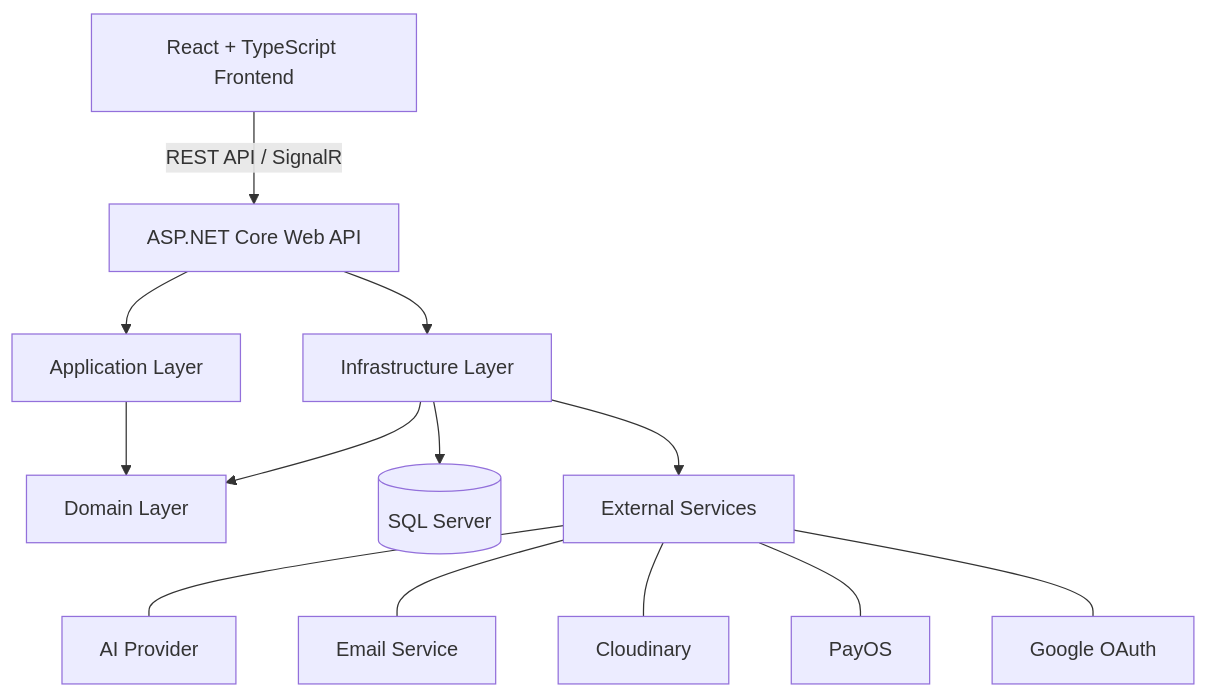
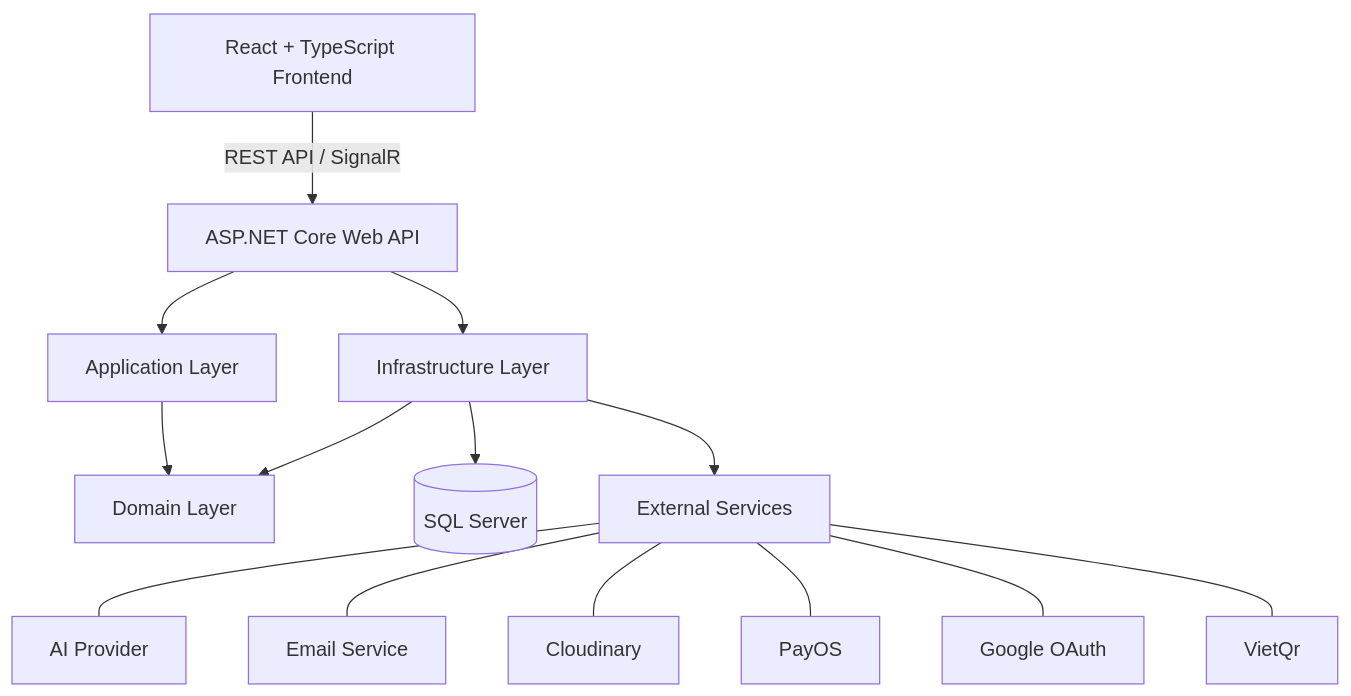
The diagram in README.md (khoabuck/AI-Tasker), drawn with Mermaid before and after one commit. The commit also changed other lines of this file, not shown here.

````diff
--- a/README.md
+++ b/README.md
@@ -115,24 +115,25 @@
 ```mermaid
 flowchart TB
     FE[React + TypeScript Frontend]
     API[ASP.NET Core Web API]
     APP[Application Layer]
     DOMAIN[Domain Layer]
     INFRA[Infrastructure Layer]
     DB[(SQL Server)]
     EXT[External Services]
 
     FE -->|REST API / SignalR| API
     API --> APP
     APP --> DOMAIN
     API --> INFRA
     INFRA --> DOMAIN
     INFRA --> DB
     INFRA --> EXT
 
     EXT --- AI[AI Provider]
     EXT --- MAIL[Email Service]
     EXT --- CLOUD[Cloudinary]
     EXT --- PAY[PayOS]
     EXT --- GOOGLE[Google OAuth]
+    EXT --- VietQr
 ```
````
